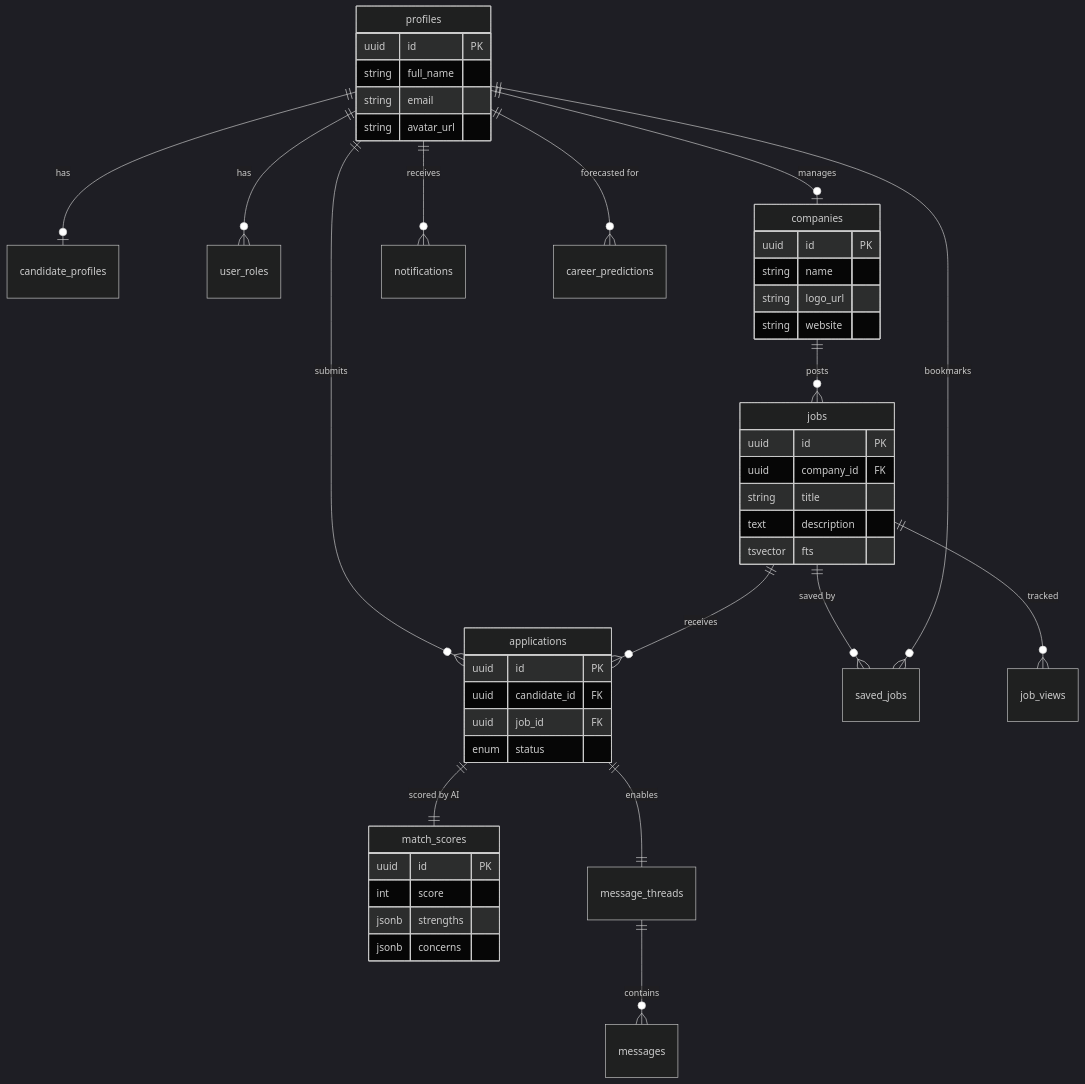
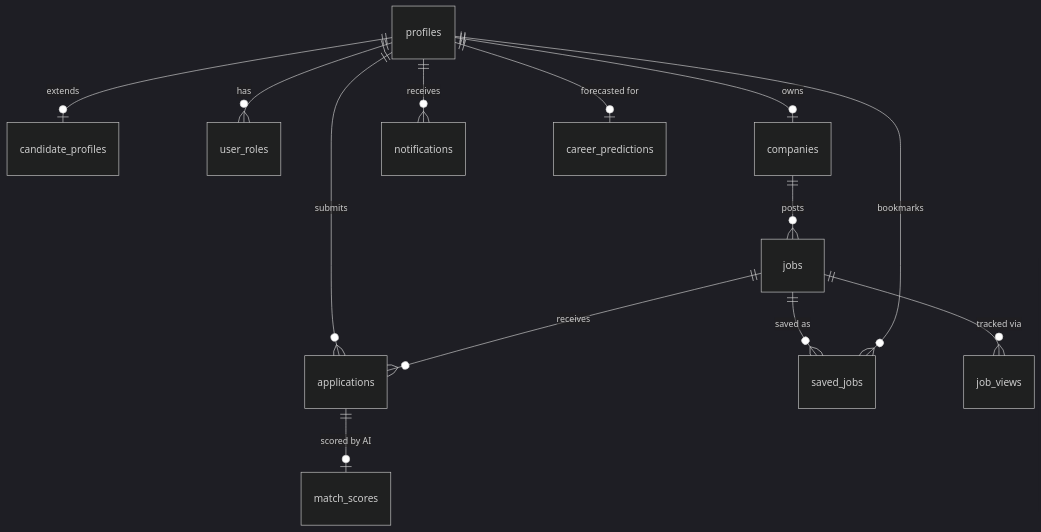
Before and after one commit to shubhamkarad/talentforge: the third of 5 diagrams in README.md, drawn with Mermaid (dark theme). The commit also changed other lines of this file and 45 other files, not shown here.

````diff
--- a/README.md
+++ b/README.md
@@ -374,49 +312,15 @@
 ```mermaid
 erDiagram
-    profiles ||--o| candidate_profiles : "has"
+    profiles ||--o| candidate_profiles : "extends"
     profiles ||--o{ user_roles : "has"
-    profiles ||--o| companies : "manages"
+    profiles ||--o| companies : "owns"
     companies ||--o{ jobs : "posts"
     jobs ||--o{ applications : "receives"
     profiles ||--o{ applications : "submits"
-    applications ||--|| match_scores : "scored by AI"
-    applications ||--|| message_threads : "enables"
-    message_threads ||--o{ messages : "contains"
+    applications ||--o| match_scores : "scored by AI"
     profiles ||--o{ notifications : "receives"
     profiles ||--o{ saved_jobs : "bookmarks"
-    jobs ||--o{ saved_jobs : "saved by"
-    profiles ||--o{ career_predictions : "forecasted for"
-    jobs ||--o{ job_views : "tracked"
-
-    profiles {
-        uuid id PK
-        string full_name
-        string email
-        string avatar_url
-    }
-    companies {
-        uuid id PK
-        string name
-        string logo_url
-        string website
-    }
-    jobs {
-        uuid id PK
-        uuid company_id FK
-        string title
-        text description
-        tsvector fts
-    }
-    applications {
-        uuid id PK
-        uuid candidate_id FK
-        uuid job_id FK
-        enum status
-    }
-    match_scores {
-        uuid id PK
-        int score
-        jsonb strengths
-        jsonb concerns
-    }
+    jobs ||--o{ saved_jobs : "saved as"
+    profiles ||--o| career_predictions : "forecasted for"
+    jobs ||--o{ job_views : "tracked via"
 ```
````
